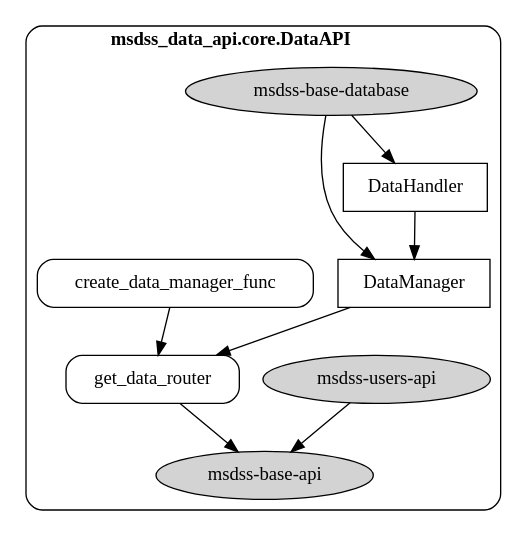
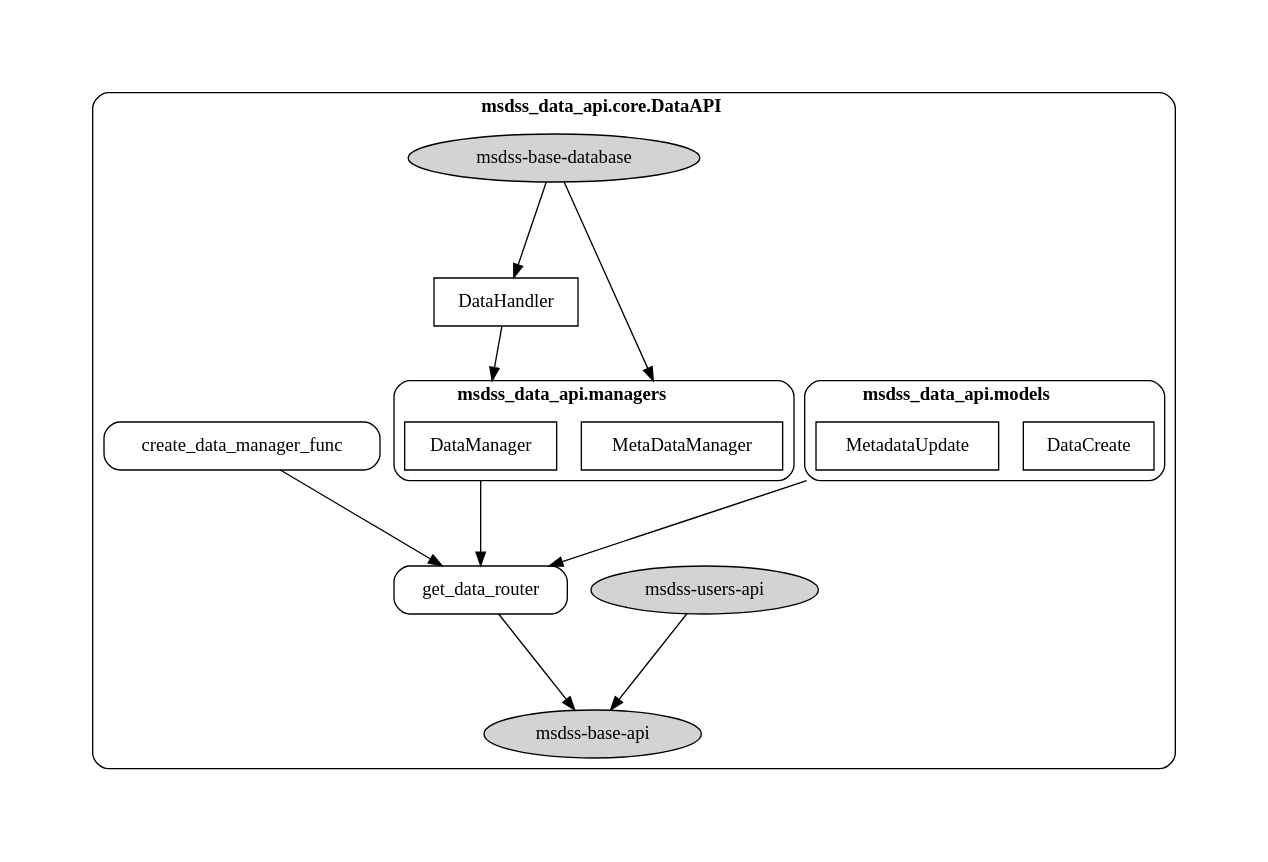
Before and after one commit to rrwen/msdss-data-api: the diagram in docs/source/howitworks.rst, drawn with Graphviz. The commit also changed other lines of this file and 55 other files, not shown here.

Commit message:
Add metadata manager; add column and update checks; v0.1.0

```diff
--- a/docs/source/howitworks.rst
+++ b/docs/source/howitworks.rst
@@ -10,23 +12,43 @@
 .. digraph:: methods
 
+   compound=true;
    rankdir=TB;
+   graph [pad="0.75", nodesep="0.25", ranksep="1"];
 
    baseapi[label="msdss-base-api" URL="https://rrwen.github.io/msdss-base-api/" style=filled];
    basedb[label="msdss-base-database" URL="https://rrwen.github.io/msdss-base-database/" style=filled];
    usersapi[label="msdss-users-api" URL="https://rrwen.github.io/msdss-users-api/" style=filled];
 
+   datacreatemodel[label="DataCreate" shape=rect];
+   metadataupdatemodel[label="MetadataUpdate" shape=rect];
+
    datamanager[label="DataManager" shape=rect];
    datahandler[label="DataHandler" shape=rect];
+   metadatamanager[label="MetaDataManager" shape=rect];
 
    datamanagerfunc[label="create_data_manager_func" shape=rect style=rounded URL=""];
    getdatarouter[label="get_data_router" shape=rect style=rounded URL=""];
 
    subgraph cluster0 {
       label=< <B>msdss_data_api.core.DataAPI</B> >;
       style=rounded;
 
-      basedb -> {datahandler;datamanager};
-      datahandler -> datamanager -> getdatarouter;
+      subgraph cluster1 {
+         label=< <B>msdss_data_api.models</B> >;
+         datacreatemodel;
+         metadataupdatemodel;
+      }
+      metadataupdatemodel -> getdatarouter[lhead=cluster1 ltail=cluster1];
+
+      subgraph cluster2 {
+         label=< <B>msdss_data_api.managers</B> >;
+         datamanager;
+         metadatamanager;
+      }
+      datamanager -> getdatarouter[lhead=cluster2 ltail=cluster2];
+      datahandler -> datamanager[lhead=cluster2 ltail=cluster2];
+      basedb -> {datahandler;metadatamanager}[lhead=cluster2 ltail=cluster2];
+
       datamanagerfunc -> getdatarouter;
       {usersapi;getdatarouter} -> baseapi; 
    }
```
